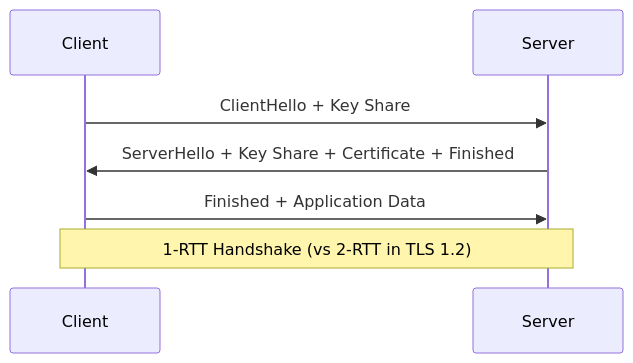
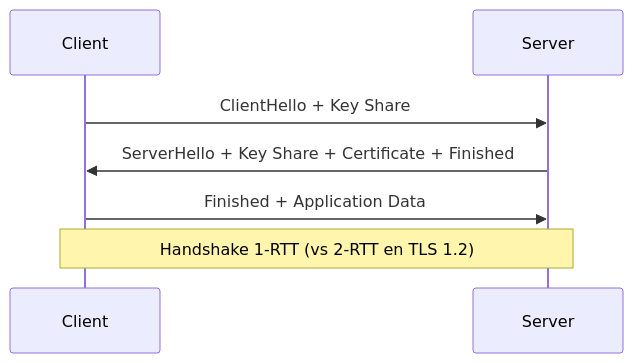
One commit to VBlackJack/ShellBook changed the second of 2 diagrams in docs/concepts/web-flow.md. Above: the diagram before and after it, drawn with Mermaid. The commit also changed other lines of this file and 24 other files, not shown here.

````diff
--- a/docs/concepts/web-flow.md
+++ b/docs/concepts/web-flow.md
@@ -75,10 +75,10 @@
 ```mermaid
 sequenceDiagram
     participant C as Client
     participant S as Server
 
     C->>S: ClientHello + Key Share
     S->>C: ServerHello + Key Share + Certificate + Finished
     C->>S: Finished + Application Data
-    Note over C,S: 1-RTT Handshake (vs 2-RTT in TLS 1.2)
+    Note over C,S: Handshake 1-RTT (vs 2-RTT en TLS 1.2)
 ```
````
